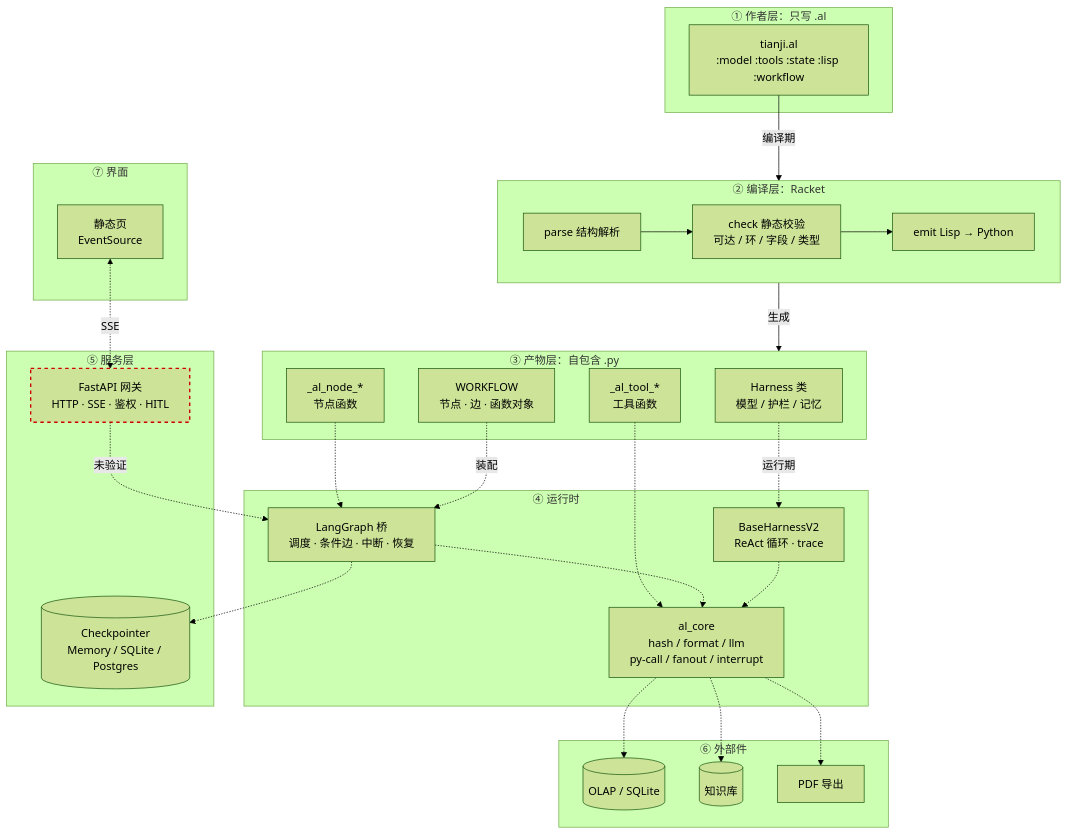
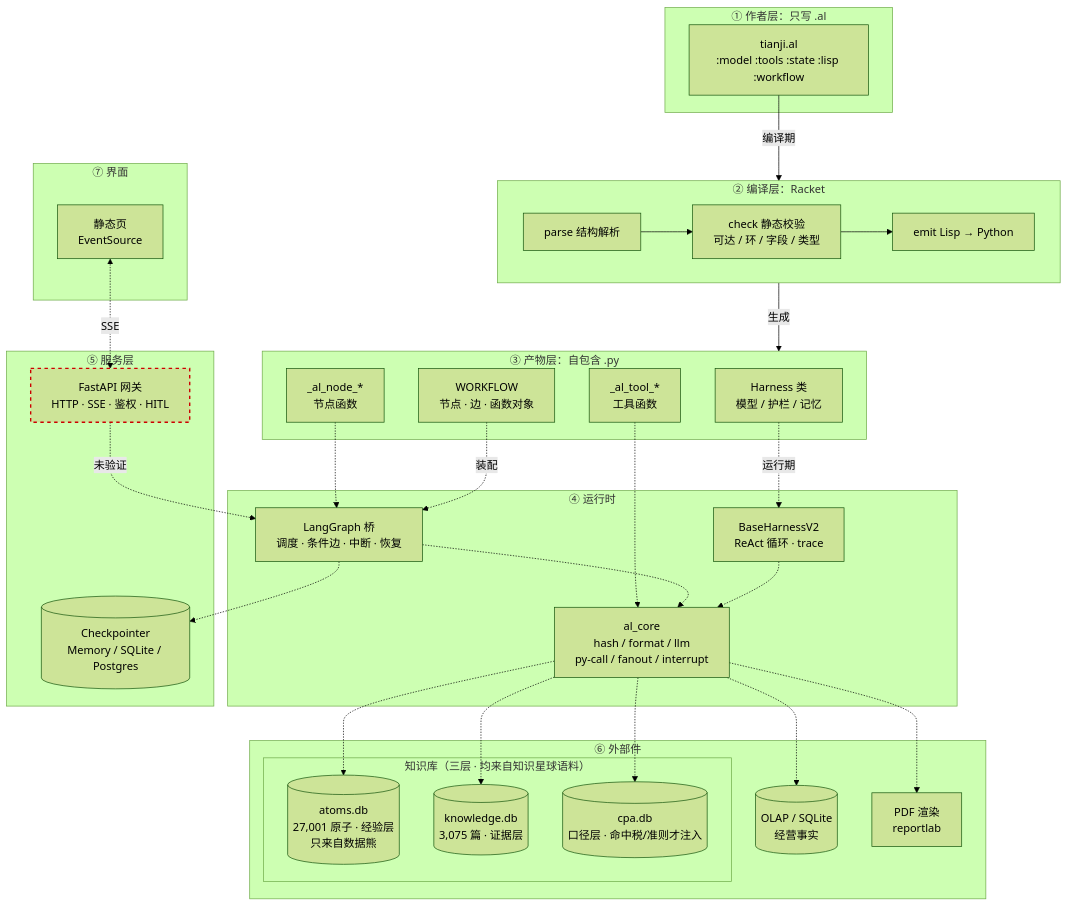
One commit to 4TWS3/agentLisp changed the first of 3 diagrams in docs/plans/tianji-full-implementation.md. Above: the diagram before and after it, drawn with Mermaid (forest theme). The commit also changed other lines of this file, not shown here.

Commit message:
docs(plan): 架构图补三层知识库与知识注入路径；标注复刻两档边界

````diff
--- a/docs/plans/tianji-full-implementation.md
+++ b/docs/plans/tianji-full-implementation.md
@@ -26,61 +26,67 @@
 ```mermaid
 flowchart TB
     subgraph AUTH["① 作者层：只写 .al"]
         AL["tianji.al<br/>:model :tools :state :lisp :workflow"]
     end
 
     subgraph COMP["② 编译层：Racket"]
         P["parse 结构解析"]
         C["check 静态校验<br/>可达 / 环 / 字段 / 类型"]
         E["emit Lisp → Python"]
         P --> C --> E
     end
 
     subgraph ART["③ 产物层：自包含 .py"]
         H["Harness 类<br/>模型 / 护栏 / 记忆"]
         N["_al_node_*<br/>节点函数"]
         T["_al_tool_*<br/>工具函数"]
         W["WORKFLOW<br/>节点 · 边 · 函数对象"]
     end
 
     subgraph RT["④ 运行时"]
         G["LangGraph 桥<br/>调度 · 条件边 · 中断 · 恢复"]
         B["BaseHarnessV2<br/>ReAct 循环 · trace"]
         K["al_core<br/>hash / format / llm<br/>py-call / fanout / interrupt"]
     end
 
     subgraph SVC["⑤ 服务层"]
         GW["FastAPI 网关<br/>HTTP · SSE · 鉴权 · HITL"]
         CP[("Checkpointer<br/>Memory / SQLite / Postgres")]
     end
 
     subgraph EXT["⑥ 外部件"]
-        DB[("OLAP / SQLite")]
-        KB[("知识库")]
-        PDF["PDF 导出"]
+        DB[("OLAP / SQLite<br/>经营事实")]
+        subgraph KBL["知识库（三层 · 均来自知识星球语料）"]
+            ATOMS[("atoms.db<br/>27,001 原子 · 经验层<br/>只来自数据熊")]
+            KN[("knowledge.db<br/>3,075 篇 · 证据层")]
+            CPA[("cpa.db<br/>口径层 · 命中税/准则才注入")]
+        end
+        PDF["PDF 渲染<br/>reportlab"]
     end
 
     subgraph UI["⑦ 界面"]
         WEB["静态页<br/>EventSource"]
     end
 
     AL -->|编译期| COMP
     COMP -->|生成| ART
 
     H -.->|运行期| B
     N -.-> G
     T -.-> K
     W -.->|装配| G
     G -.-> K
     G -.-> CP
     B -.-> K
     K -.-> DB
-    K -.-> KB
+    K -.-> ATOMS
+    K -.-> KN
+    K -.-> CPA
     K -.-> PDF
 
     WEB <-.->|SSE| GW
     GW -.->|未验证| G
 
     classDef todo stroke:#c00,stroke-width:2px,stroke-dasharray: 5 5
     class GW todo
 ```
````
